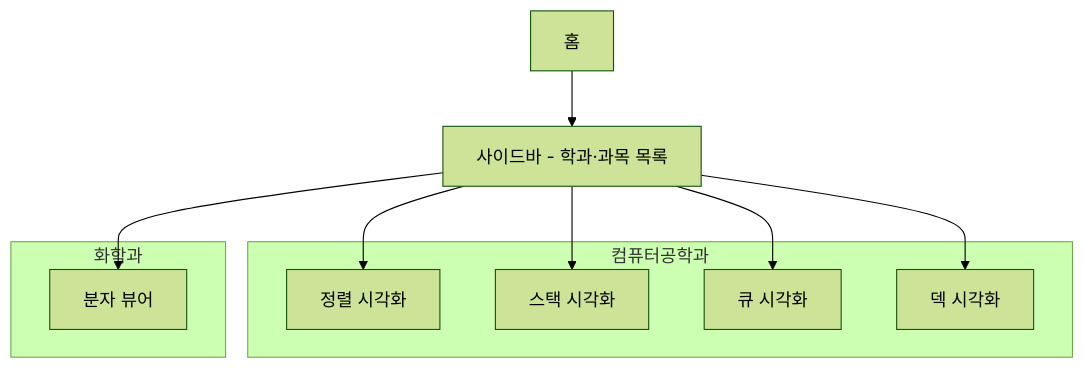
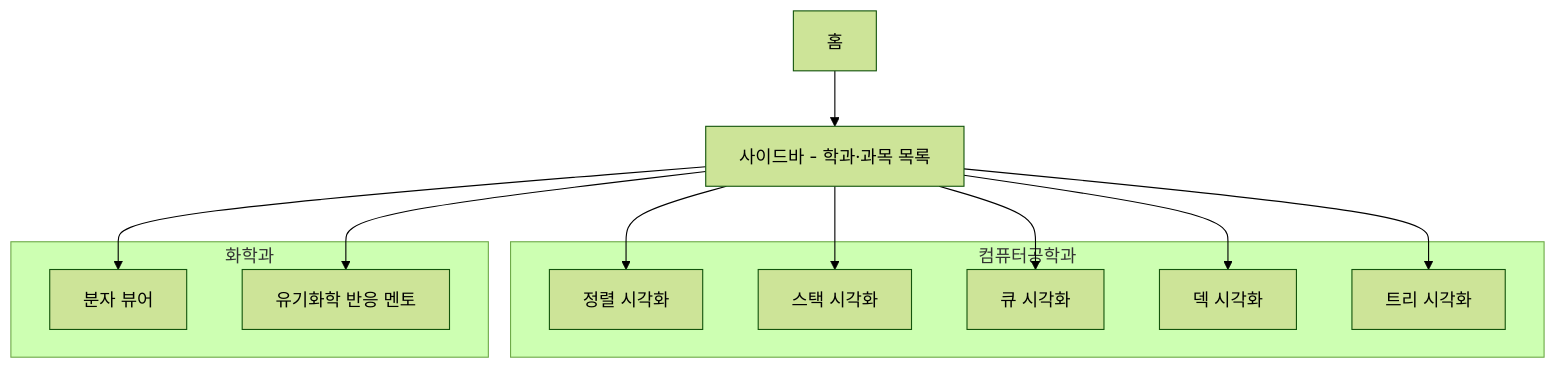
The first of 2 diagrams in 기획서.md (Mureung1/hub-showcase), drawn with Mermaid (forest theme) before and after one commit. The commit also changed other lines of this file and 2 other files, not shown here.

````diff
--- a/기획서.md
+++ b/기획서.md
@@ -25,21 +39,25 @@
 ```mermaid
 flowchart TD
     Home[홈] --> Sidebar[사이드바 - 학과·과목 목록]
 
     subgraph CS[컴퓨터공학과]
         Sort[정렬 시각화]
         Stack[스택 시각화]
         Queue[큐 시각화]
         Deque[덱 시각화]
+        Tree[트리 시각화]
     end
 
     subgraph Chem[화학과]
         Molecule[분자 뷰어]
+        Organic[유기화학 반응 멘토]
     end
 
     Sidebar --> Sort
     Sidebar --> Stack
     Sidebar --> Queue
     Sidebar --> Deque
+    Sidebar --> Tree
     Sidebar --> Molecule
+    Sidebar --> Organic
 ```
````
